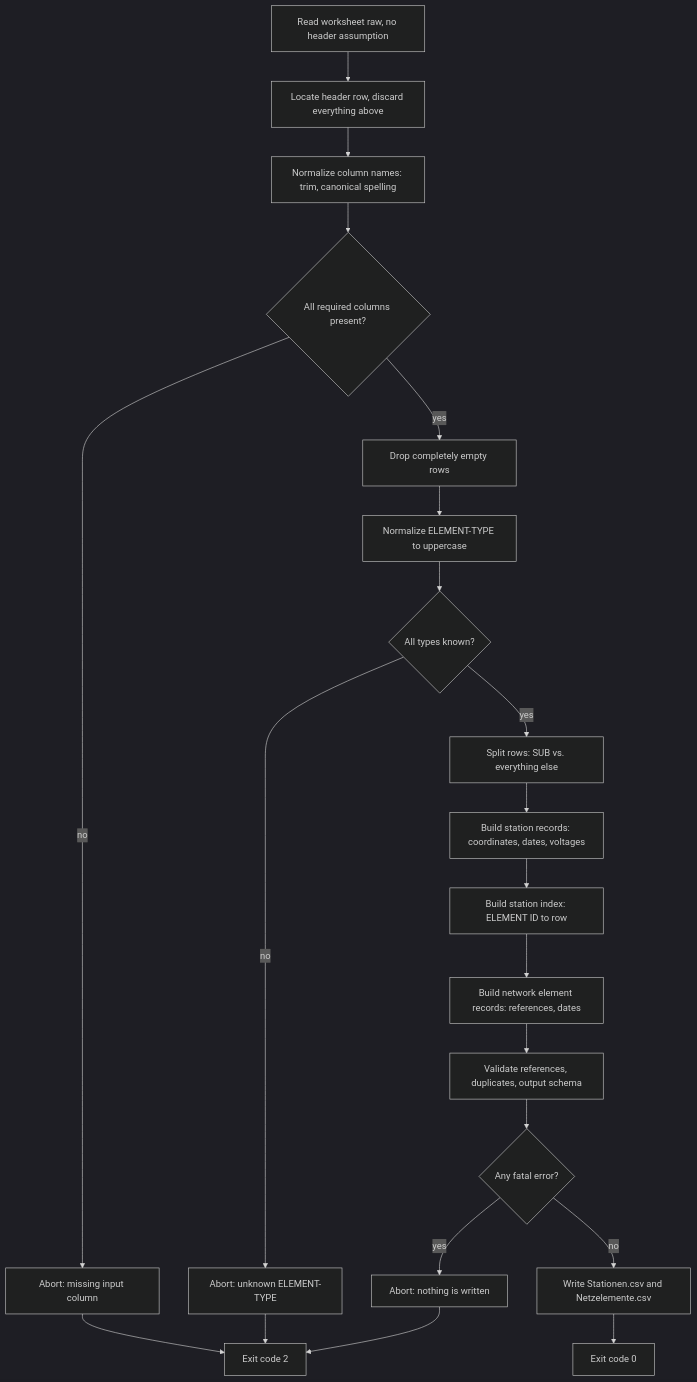
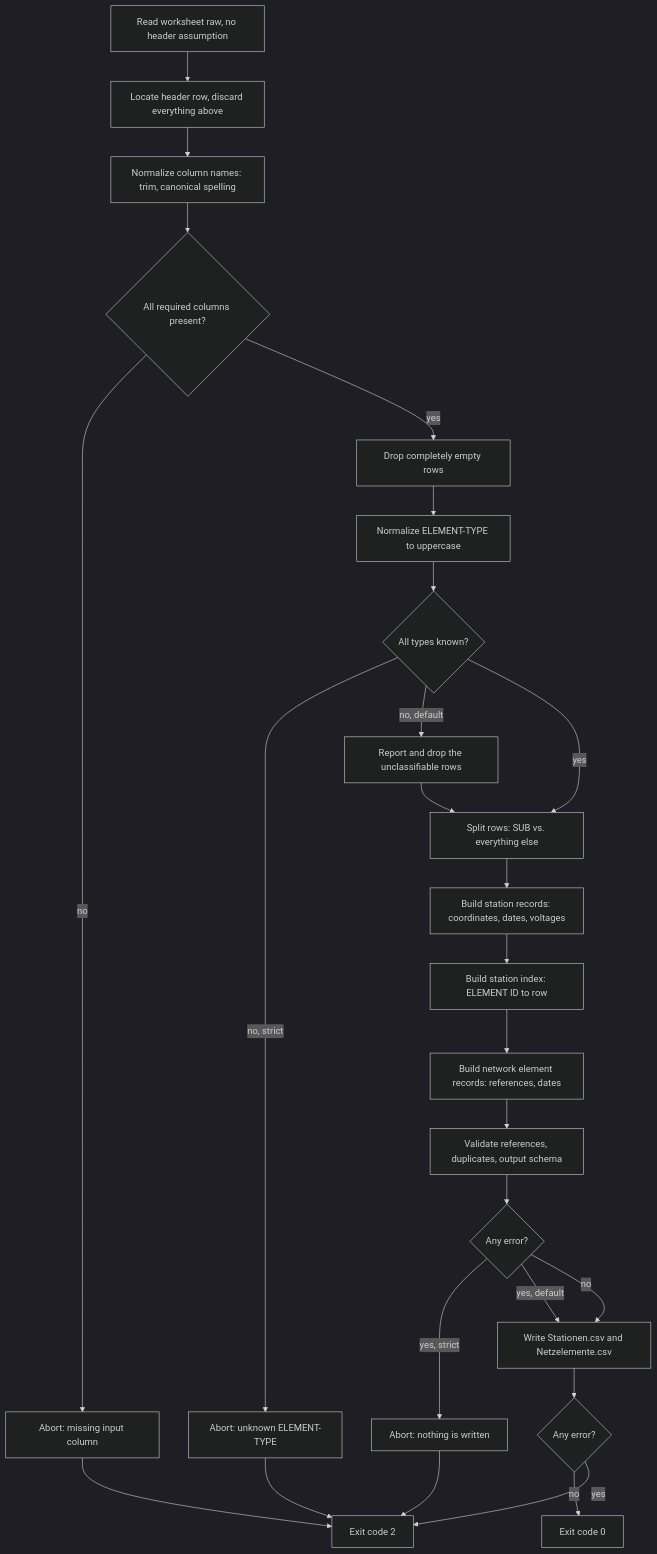
Before and after one commit to hadiibrahim-Engin/parser: the first of 8 diagrams in README.md, drawn with Mermaid (dark theme). The commit also changed other lines of this file and 16 other files, not shown here.

````diff
--- a/README.md
+++ b/README.md
@@ -94,23 +98,28 @@
 ```mermaid
 flowchart TD
     A["Read worksheet raw, no header assumption"] --> B["Locate header row, discard everything above"]
     B --> C["Normalize column names: trim, canonical spelling"]
     C --> D{"All required columns present?"}
     D -->|no| X["Abort: missing input column"]
     D -->|yes| E["Drop completely empty rows"]
     E --> F["Normalize ELEMENT-TYPE to uppercase"]
     F --> G{"All types known?"}
-    G -->|no| X2["Abort: unknown ELEMENT-TYPE"]
-    G -->|yes| H["Split rows: SUB vs. everything else"]
+    G -->|no, strict| X2["Abort: unknown ELEMENT-TYPE"]
+    G -->|no, default| G2["Report and drop the unclassifiable rows"]
+    G2 --> H["Split rows: SUB vs. everything else"]
+    G -->|yes| H
     H --> I["Build station records: coordinates, dates, voltages"]
     I --> J["Build station index: ELEMENT ID to row"]
     J --> K["Build network element records: references, dates"]
     K --> L["Validate references, duplicates, output schema"]
-    L --> M{"Any fatal error?"}
-    M -->|yes| X3["Abort: nothing is written"]
-    M -->|no| N["Write Stationen.csv and Netzelemente.csv"]
-    N --> O["Exit code 0"]
-    X --> Y["Exit code 2"]
+    L --> M{"Any error?"}
+    M -->|yes, strict| X3["Abort: nothing is written"]
+    M -->|yes, default| N["Write Stationen.csv and Netzelemente.csv"]
+    M -->|no| N
+    N --> P{"Any error?"}
+    P -->|no| O["Exit code 0"]
+    P -->|yes| Y["Exit code 2"]
+    X --> Y
     X2 --> Y
     X3 --> Y
 ```
````
